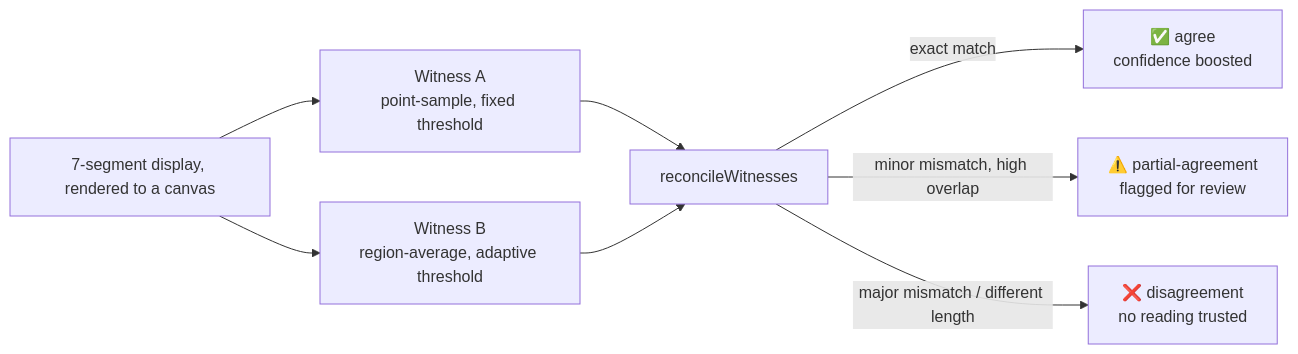
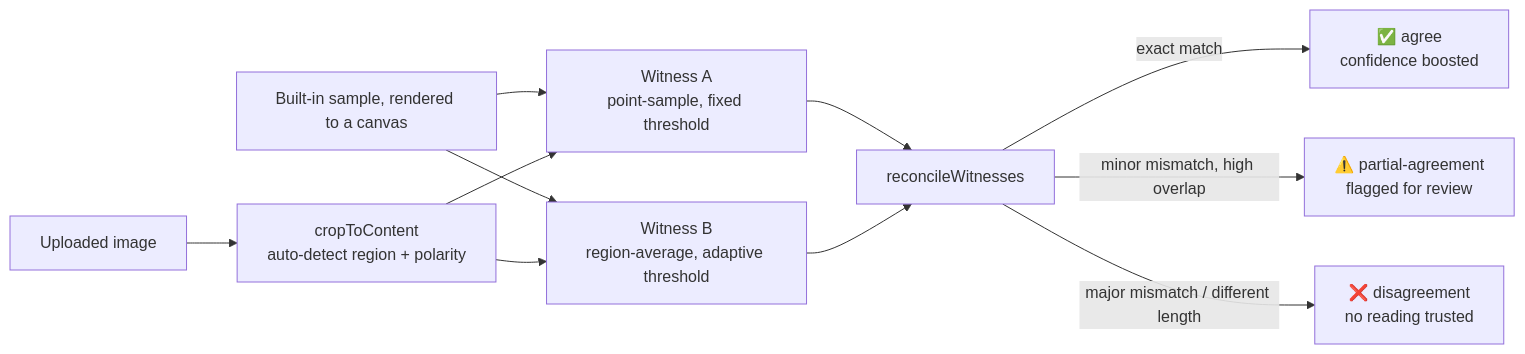
Before and after one commit to Shuumei/ocr-dual-witness-pipeline: the diagram in README.md, drawn with Mermaid. The commit also changed other lines of this file and 6 other files, not shown here.

````diff
--- a/README.md
+++ b/README.md
@@ -19,10 +19,13 @@
 ```mermaid
 flowchart LR
-    A[7-segment display, rendered to a canvas] --> B[Witness A\npoint-sample, fixed threshold]
-    A --> C[Witness B\nregion-average, adaptive threshold]
+    A1[Built-in sample, rendered to a canvas] --> B[Witness A\npoint-sample, fixed threshold]
+    A2[Uploaded image] --> X[cropToContent\nauto-detect region + polarity]
+    X --> B
+    A1 --> C[Witness B\nregion-average, adaptive threshold]
+    X --> C
     B --> D[reconcileWitnesses]
     C --> D
     D -->|exact match| E[✅ agree\nconfidence boosted]
     D -->|minor mismatch, high overlap| F[⚠️ partial-agreement\nflagged for review]
     D -->|major mismatch / different length| G[❌ disagreement\nno reading trusted]
 ```
````
